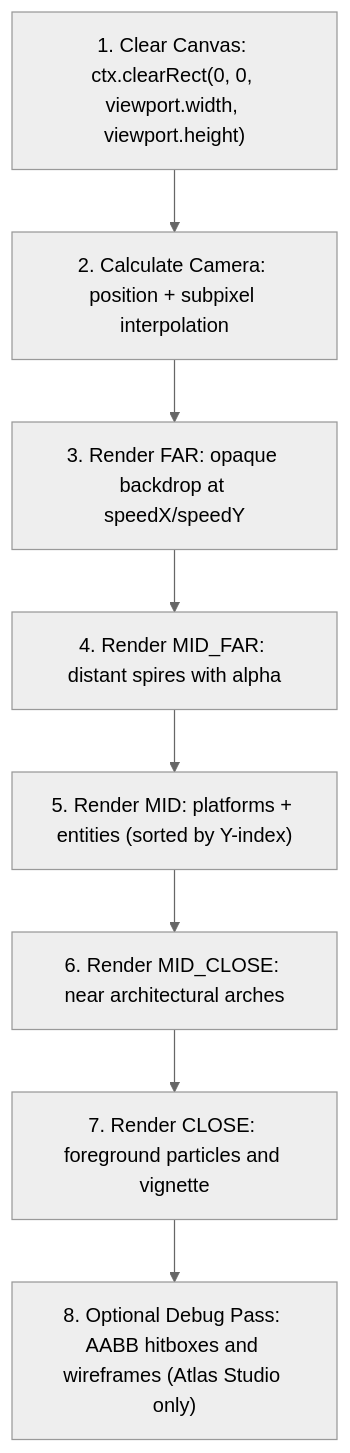
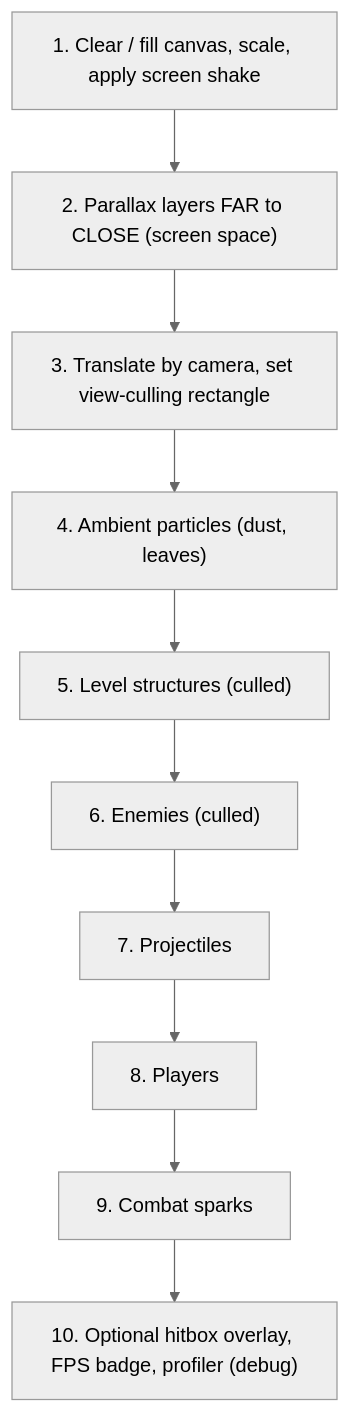
One commit to beoArcha/oXyFlow.VibrantCastle changed the second of 2 diagrams in docs/manifesto/PARALLAX_AND_RENDERING.md. Above: the diagram before and after it, drawn with Mermaid (neutral theme). The commit also changed other lines of this file and 8 other files, not shown here.

````diff
--- a/docs/manifesto/PARALLAX_AND_RENDERING.md
+++ b/docs/manifesto/PARALLAX_AND_RENDERING.md
@@ -65,19 +67,23 @@
 ```mermaid
 graph TD
-    Clear["1. Clear Canvas: ctx.clearRect(0, 0, viewport.width, viewport.height)"]
-    Camera["2. Calculate Camera: position + subpixel interpolation"]
-    RenderFar["3. Render FAR: opaque backdrop at speedX/speedY"]
-    RenderMidFar["4. Render MID_FAR: distant spires with alpha"]
-    RenderMid["5. Render MID: platforms + entities (sorted by Y-index)"]
-    RenderMidClose["6. Render MID_CLOSE: near architectural arches"]
-    RenderClose["7. Render CLOSE: foreground particles and vignette"]
-    DebugPass["8. Optional Debug Pass: AABB hitboxes and wireframes (Atlas Studio only)"]
+    Clear["1. Clear / fill canvas, scale, apply screen shake"]
+    Parallax["2. Parallax layers FAR to CLOSE (screen space)"]
+    Translate["3. Translate by camera, set view-culling rectangle"]
+    Ambient["4. Ambient particles (dust, leaves)"]
+    Structures["5. Level structures (culled)"]
+    Enemies["6. Enemies (culled)"]
+    Projectiles["7. Projectiles"]
+    Players["8. Players"]
+    Sparks["9. Combat sparks"]
+    Debug["10. Optional hitbox overlay, FPS badge, profiler (debug)"]
 
-    Clear --> Camera
-    Camera --> RenderFar
-    RenderFar --> RenderMidFar
-    RenderMidFar --> RenderMid
-    RenderMid --> RenderMidClose
-    RenderMidClose --> RenderClose
-    RenderClose --> DebugPass
+    Clear --> Parallax
+    Parallax --> Translate
+    Translate --> Ambient
+    Ambient --> Structures
+    Structures --> Enemies
+    Enemies --> Projectiles
+    Projectiles --> Players
+    Players --> Sparks
+    Sparks --> Debug
 ```
````
